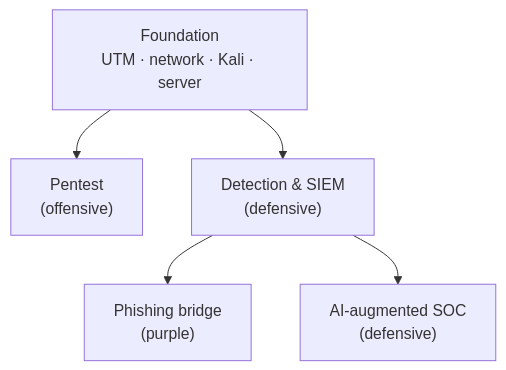
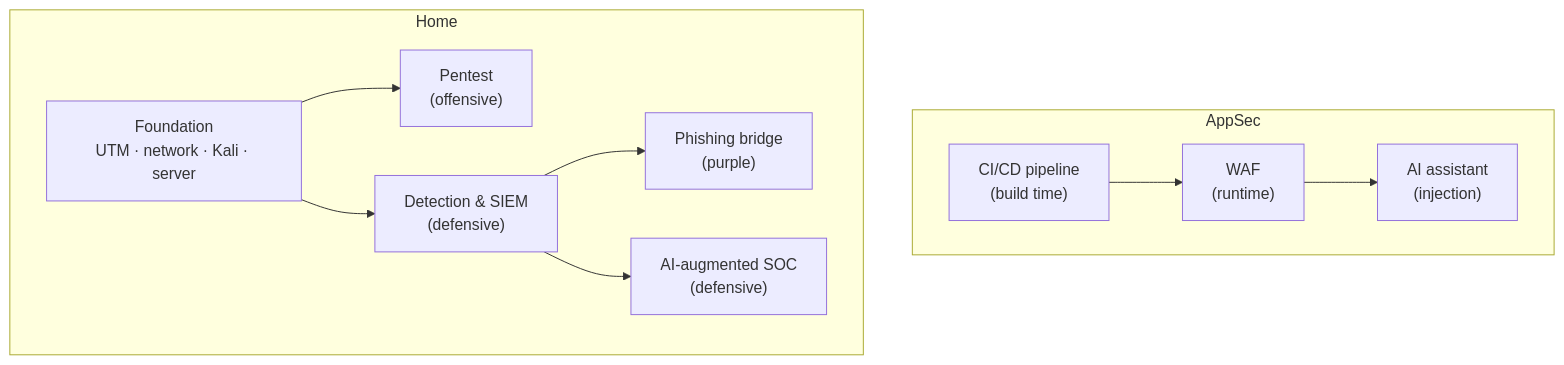
The second of 2 diagrams in README.md (lawalOyinlola/lawalPortfolio), drawn with Mermaid before and after one commit. The commit also changed other lines of this file, not shown here.

Commit message:
docs(readme): describe the AppSec lab series alongside the home labs

````diff
--- a/README.md
+++ b/README.md
@@ -86,7 +88,13 @@
 ```mermaid
 flowchart TD
-  F["Foundation<br/>UTM · network · Kali · server"] --> P["Pentest<br/>(offensive)"]
-  F --> D["Detection & SIEM<br/>(defensive)"]
-  D --> Ph["Phishing bridge<br/>(purple)"]
-  D --> AI["AI-augmented SOC<br/>(defensive)"]
+  subgraph AppSec
+    C["CI/CD pipeline<br/>(build time)"] --> W["WAF<br/>(runtime)"]
+    W --> AA["AI assistant<br/>(injection)"]
+  end
+  subgraph Home
+    F["Foundation<br/>UTM · network · Kali · server"] --> P["Pentest<br/>(offensive)"]
+    F --> D["Detection & SIEM<br/>(defensive)"]
+    D --> Ph["Phishing bridge<br/>(purple)"]
+    D --> AI["AI-augmented SOC<br/>(defensive)"]
+  end
 ```
````
